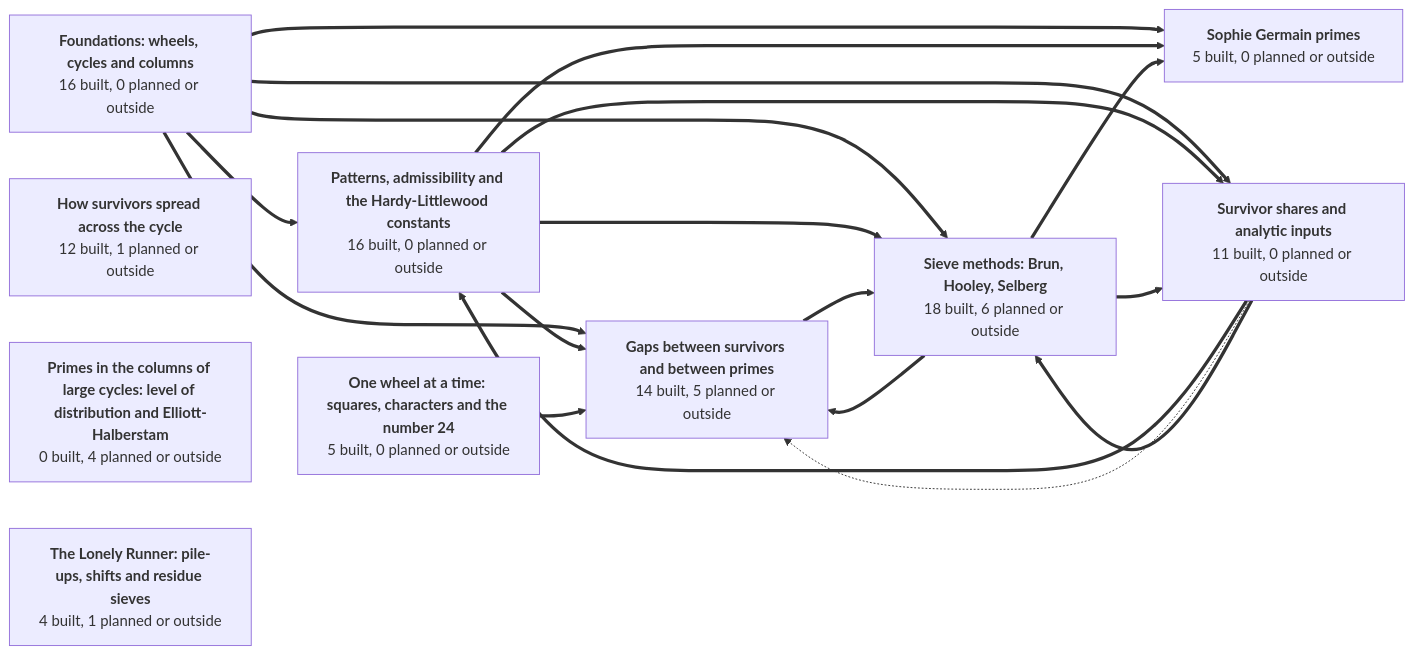
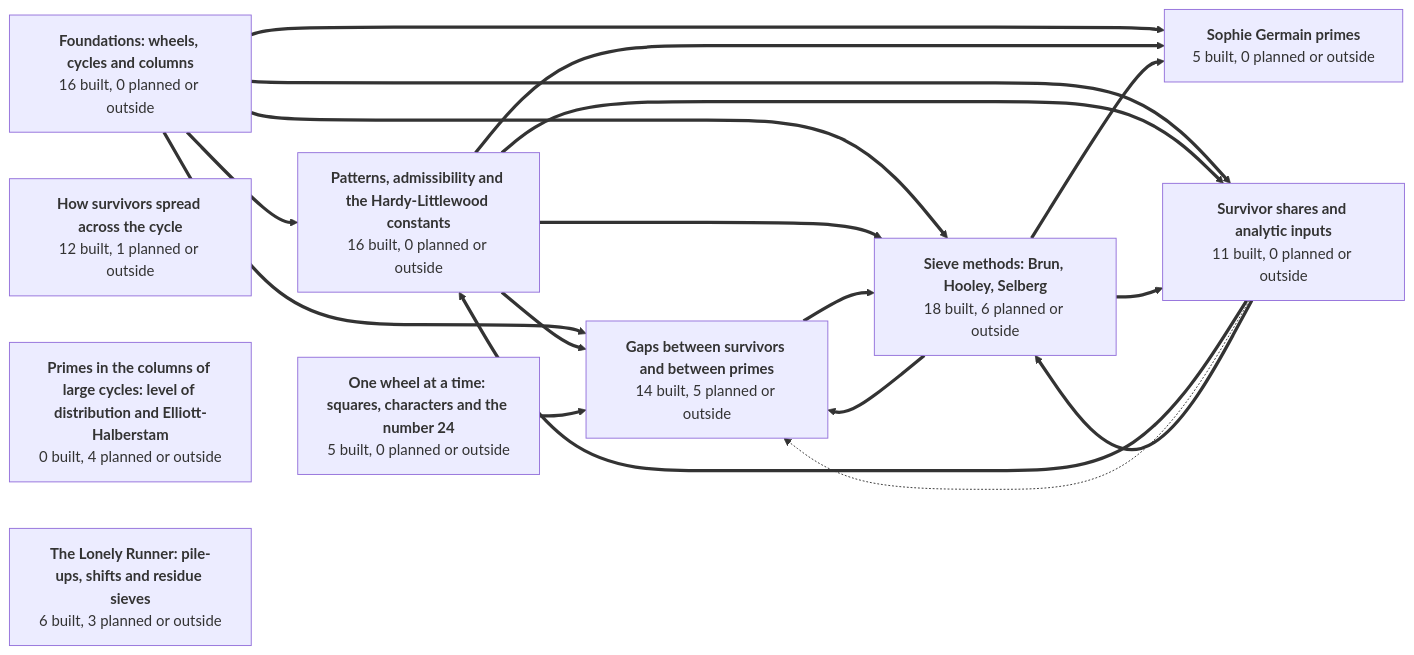
One commit to golfbum71/RNS-Sieve-Network changed the first of 11 diagrams in GRAPH.md. Above: the diagram before and after it, drawn with Mermaid. The commit also changed other lines of this file and 27 other files, not shown here.

First line of the commit message:
ModulusLift, FieldSizeTimes: built clean (standard axioms); node list and graph with LonelyConnections, JacobsthalTightness

````diff
--- a/GRAPH.md
+++ b/GRAPH.md
@@ -45,40 +45,40 @@
 ```mermaid
 graph LR
   g1["<b>Foundations: wheels, cycles and columns</b><br/>16 built, 0 planned or outside"]
   g2["<b>Patterns, admissibility and the Hardy-Littlewood constants</b><br/>16 built, 0 planned or outside"]
   g3["<b>How survivors spread across the cycle</b><br/>12 built, 1 planned or outside"]
   g4["<b>Gaps between survivors and between primes</b><br/>14 built, 5 planned or outside"]
   g5["<b>Sophie Germain primes</b><br/>5 built, 0 planned or outside"]
   g6["<b>Survivor shares and analytic inputs</b><br/>11 built, 0 planned or outside"]
   g7["<b>One wheel at a time: squares, characters and the number 24</b><br/>5 built, 0 planned or outside"]
   g8["<b>Sieve methods: Brun, Hooley, Selberg</b><br/>18 built, 6 planned or outside"]
   g9["<b>Primes in the columns of large cycles: level of distribution and Elliott-Halberstam</b><br/>0 built, 4 planned or outside"]
-  g10["<b>The Lonely Runner: pile-ups, shifts and residue sieves</b><br/>4 built, 1 planned or outside"]
+  g10["<b>The Lonely Runner: pile-ups, shifts and residue sieves</b><br/>6 built, 3 planned or outside"]
   g1 ==> g2
   g1 ==> g4
   g1 ==> g5
   g1 ==> g6
   g1 ==> g8
   g2 ==> g4
   g2 ==> g5
   g2 ==> g6
   g2 ==> g8
   g4 ==> g8
   g6 ==> g2
   g6 -.-> g4
   g6 ==> g8
   g7 ==> g4
   g8 ==> g4
   g8 ==> g5
   g8 ==> g6
   click g1 href "https://github.com/golfbum71/RNS-Sieve-Network/blob/main/GRAPH.md#foundations-wheels-cycles-and-columns" _self
   click g2 href "https://github.com/golfbum71/RNS-Sieve-Network/blob/main/GRAPH.md#patterns-admissibility-and-the-hardy-littlewood-constants" _self
   click g3 href "https://github.com/golfbum71/RNS-Sieve-Network/blob/main/GRAPH.md#how-survivors-spread-across-the-cycle" _self
   click g4 href "https://github.com/golfbum71/RNS-Sieve-Network/blob/main/GRAPH.md#gaps-between-survivors-and-between-primes" _self
   click g5 href "https://github.com/golfbum71/RNS-Sieve-Network/blob/main/GRAPH.md#sophie-germain-primes" _self
   click g6 href "https://github.com/golfbum71/RNS-Sieve-Network/blob/main/GRAPH.md#survivor-shares-and-analytic-inputs" _self
   click g7 href "https://github.com/golfbum71/RNS-Sieve-Network/blob/main/GRAPH.md#one-wheel-at-a-time-squares-characters-and-the-number-24" _self
   click g8 href "https://github.com/golfbum71/RNS-Sieve-Network/blob/main/GRAPH.md#sieve-methods-brun-hooley-selberg" _self
   click g9 href "https://github.com/golfbum71/RNS-Sieve-Network/blob/main/GRAPH.md#primes-in-the-columns-of-large-cycles-level-of-distribution-and-elliott-halberstam" _self
   click g10 href "https://github.com/golfbum71/RNS-Sieve-Network/blob/main/GRAPH.md#the-lonely-runner-pile-ups-shifts-and-residue-sieves" _self
 ```
````
